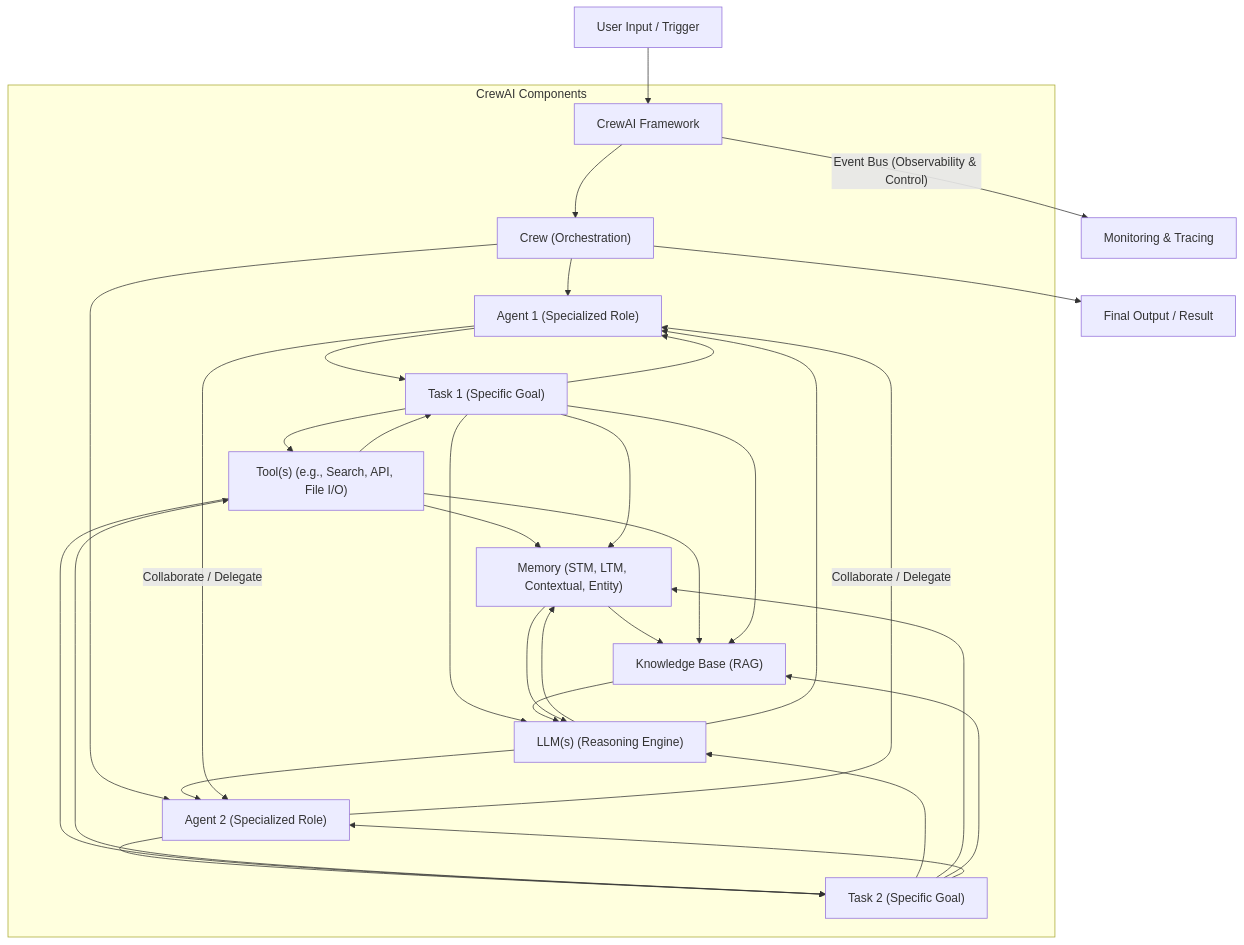
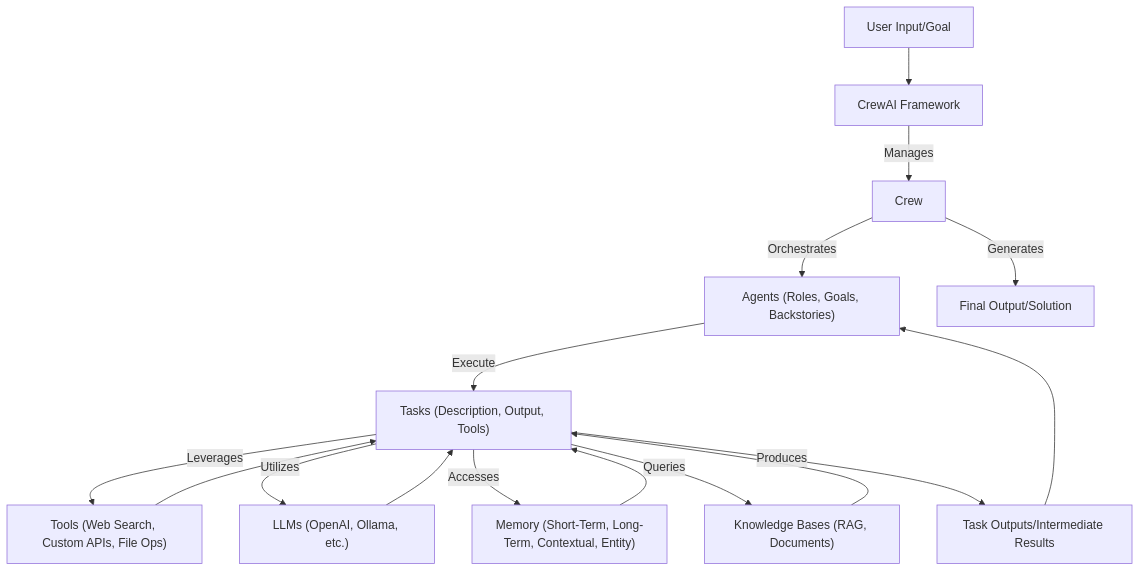
The diagram in README.md (grewal16/crewAI), drawn with Mermaid before and after one commit. The commit also changed other lines of this file, not shown here.

````diff
--- a/README.md
+++ b/README.md
@@ -47,37 +44,15 @@
 ```mermaid
 graph TD
-    A["User Input / Trigger"] --> B["CrewAI Framework"];
-
-    subgraph CrewAI Components
-        B --> C["Crew (Orchestration)"];
-        C --> D["Agent 1 (Specialized Role)"];
-        C --> E["Agent 2 (Specialized Role)"];
-        D --> F["Task 1 (Specific Goal)"];
-        E --> G["Task 2 (Specific Goal)"];
-        F --> H["Tool(s) (e.g., Search, API, File I/O)"];
-        G --> H;
-        F --> I["LLM(s) (Reasoning Engine)"];
-        G --> I;
-        I --> J["Memory (STM, LTM, Contextual, Entity)"];
-        H --> J;
-        J --> K["Knowledge Base (RAG)"];
-        H --> K;
-        F --> J;
-        G --> J;
-        F --> K;
-        G --> K;
-    end
-
-    K --> I;
-    J --> I;
-    H --> F;
-    H --> G;
-    I --> D;
-    I --> E;
-    F --> D;
-    G --> E;
-    D -- "Collaborate / Delegate" --> E;
-    E -- "Collaborate / Delegate" --> D;
-    C --> L["Final Output / Result"];
-    B -- "Event Bus (Observability & Control)" --> M["Monitoring & Tracing"];
+    A["User Input/Goal"] --> B["CrewAI Framework"];
+    B -- Manages --> C1["Crew"];
+    C1 -- Orchestrates --> D1["Agents (Roles, Goals, Backstories)"];
+    D1 -- Execute --> E1["Tasks (Description, Output, Tools)"];
+    E1 -- Leverages --> F1["Tools (Web Search, Custom APIs, File Ops)"];
+    E1 -- Utilizes --> F2["LLMs (OpenAI, Ollama, etc.)"];
+    E1 -- Accesses --> F3["Memory (Short-Term, Long-Term, Contextual, Entity)"];
+    E1 -- Queries --> F4["Knowledge Bases (RAG, Documents)"];
+    F1 & F2 & F3 & F4 --> E1;
+    E1 -- Produces --> G1["Task Outputs/Intermediate Results"];
+    G1 --> D1;
+    C1 -- Generates --> H1["Final Output/Solution"];
 ```
````
